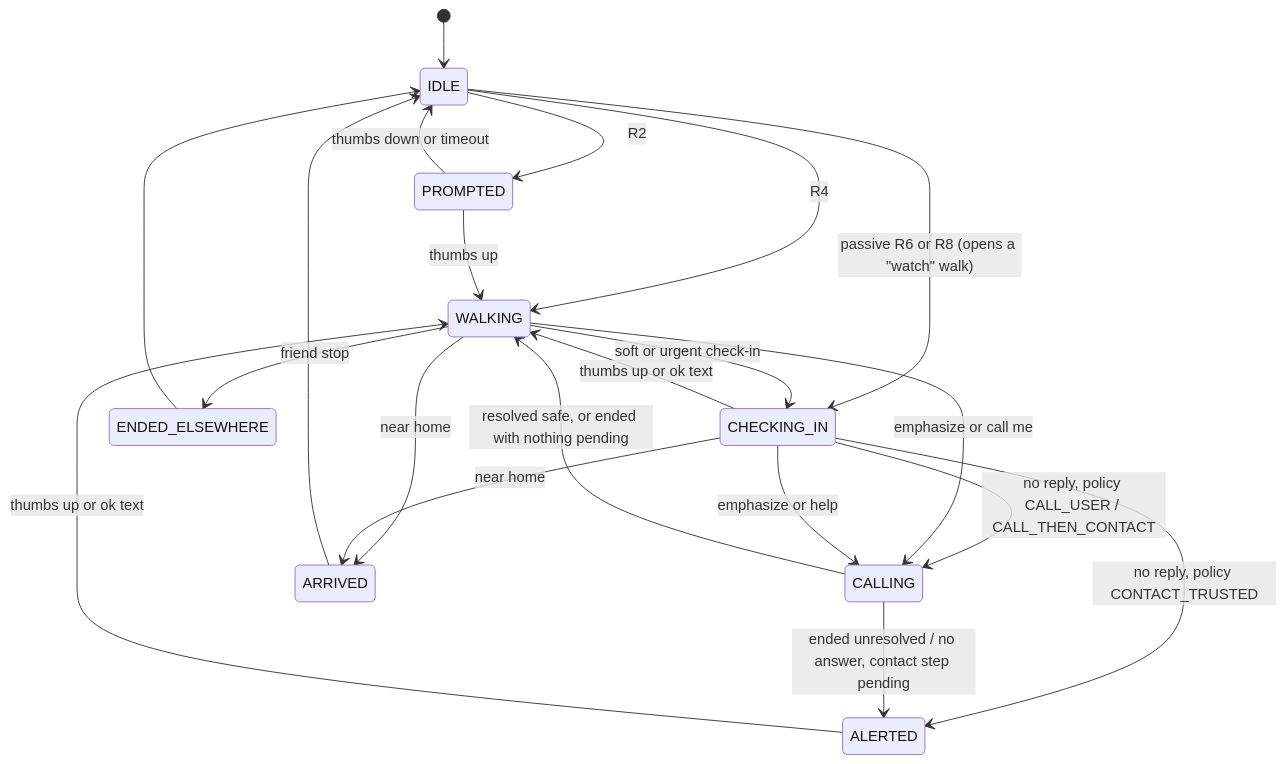
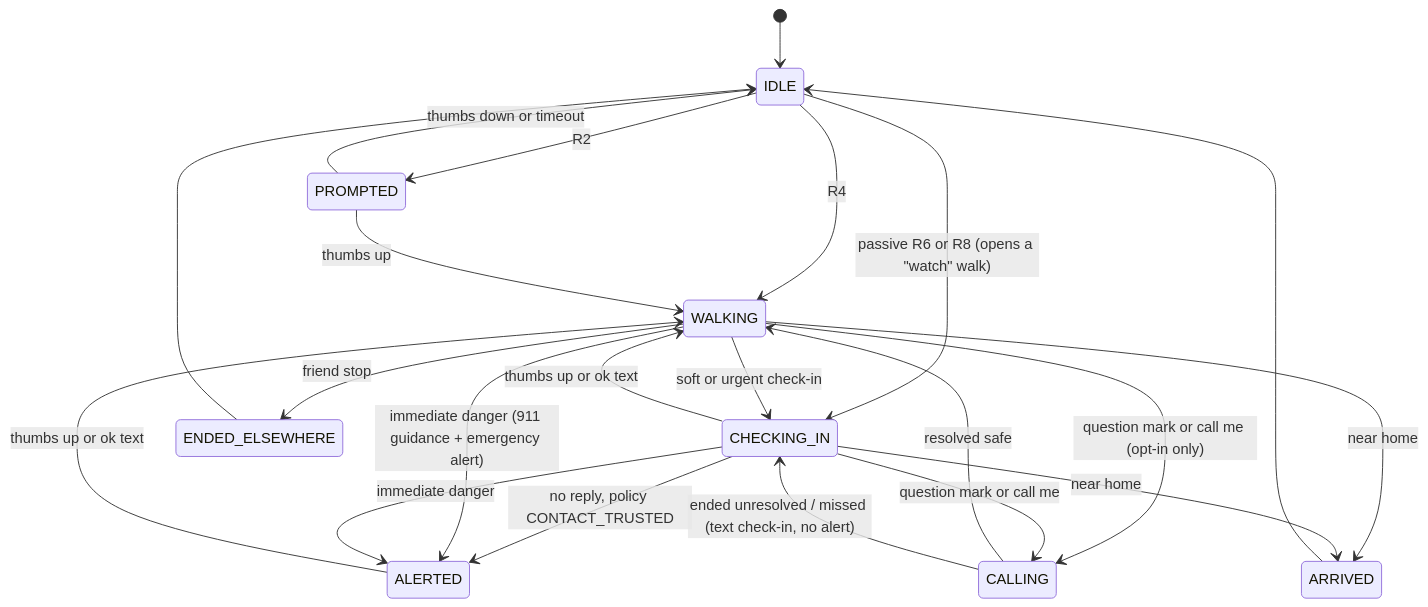
Before and after one commit to jcc-kh/nook: the second of 2 diagrams in CONTEXT.md, drawn with Mermaid. The commit also changed other lines of this file and 50 other files, not shown here.

First line of the commit message:
Safety redesign: safety states, immediate danger over text, opt-in calls, nav, voice notes

````diff
--- a/CONTEXT.md
+++ b/CONTEXT.md
@@ -87,23 +110,24 @@
 ```mermaid
 stateDiagram-v2
   [*] --> IDLE
   IDLE --> PROMPTED: R2
   IDLE --> WALKING: R4
   IDLE --> CHECKING_IN: passive R6 or R8 (opens a "watch" walk)
   PROMPTED --> WALKING: thumbs up
   PROMPTED --> IDLE: thumbs down or timeout
   WALKING --> CHECKING_IN: soft or urgent check-in
   CHECKING_IN --> WALKING: thumbs up or ok text
   CHECKING_IN --> ALERTED: no reply, policy CONTACT_TRUSTED
-  CHECKING_IN --> CALLING: no reply, policy CALL_USER / CALL_THEN_CONTACT
   ALERTED --> WALKING: thumbs up or ok text
-  WALKING --> CALLING: emphasize or call me
-  CHECKING_IN --> CALLING: emphasize or help
-  CALLING --> WALKING: resolved safe, or ended with nothing pending
-  CALLING --> ALERTED: ended unresolved / no answer, contact step pending
+  WALKING --> CALLING: question mark or call me (opt-in only)
+  CHECKING_IN --> CALLING: question mark or call me
+  WALKING --> ALERTED: immediate danger (911 guidance + emergency alert)
+  CHECKING_IN --> ALERTED: immediate danger
+  CALLING --> WALKING: resolved safe
+  CALLING --> CHECKING_IN: ended unresolved / missed (text check-in, no alert)
   WALKING --> ARRIVED: near home
   CHECKING_IN --> ARRIVED: near home
   WALKING --> ENDED_ELSEWHERE: friend stop
   ARRIVED --> IDLE
   ENDED_ELSEWHERE --> IDLE
 ```
````
